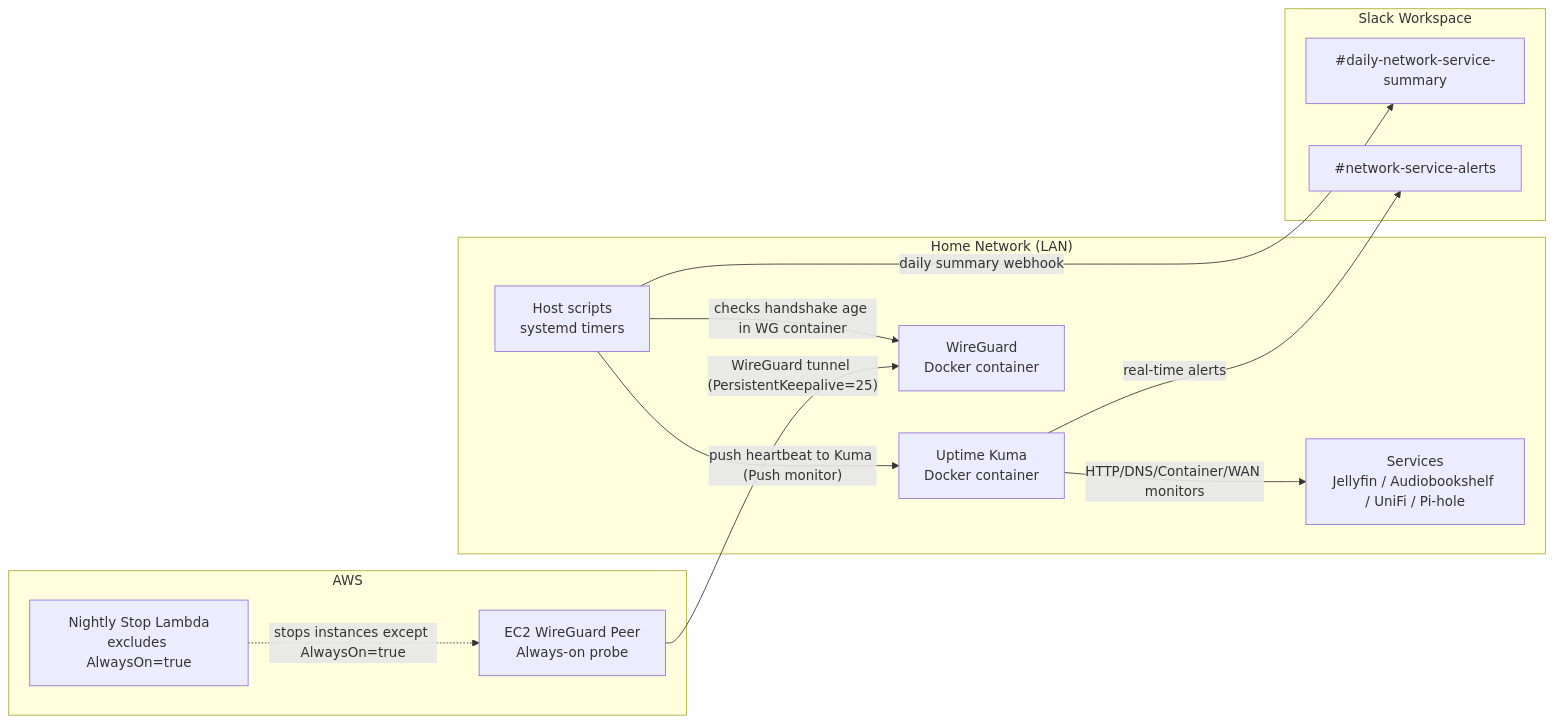
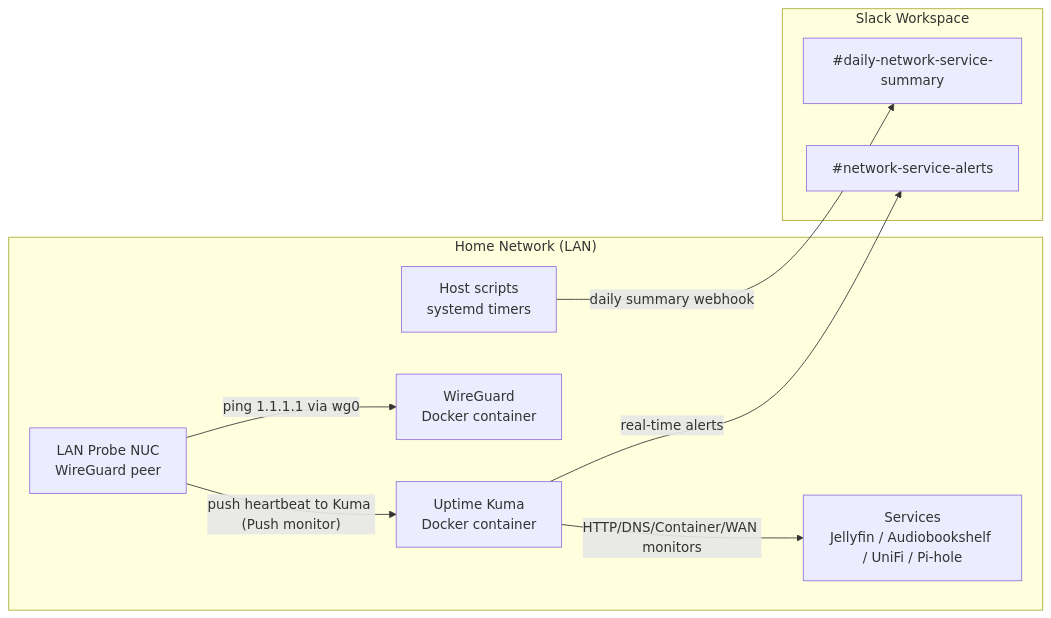
One commit to michaelford85/homelab-monitoring-stack changed the diagram in README.md. Above: the diagram before and after it, drawn with Mermaid. The commit also changed other lines of this file and 6 other files, not shown here.

First line of the commit message:
Replace EC2 WireGuard probe with LAN NUC probe

````diff
--- a/README.md
+++ b/README.md
@@ -63,29 +60,22 @@
 ```mermaid
 flowchart LR
   subgraph Home["Home Network (LAN)"]
     KU[Uptime Kuma<br/>Docker container]
     WG[WireGuard<br/>Docker container]
     SVC[Services<br/>Jellyfin / Audiobookshelf / UniFi / Pi-hole]
     SYS[Host scripts<br/>systemd timers]
+    NUC[LAN Probe NUC<br/>WireGuard peer]
   end
 
   subgraph Slack["Slack Workspace"]
     CH1["#daily-network-service-summary"]
     CH2["#network-service-alerts"]
   end
 
-  subgraph AWS["AWS"]
-    EC2[EC2 WireGuard Peer<br/>Always-on probe]
-    LAMBDA[Nightly Stop Lambda<br/>excludes AlwaysOn=true]
-  end
-
   KU -- "HTTP/DNS/Container/WAN monitors" --> SVC
   KU -- "real-time alerts" --> CH2
   SYS -- "daily summary webhook" --> CH1
 
-  EC2 -- "WireGuard tunnel (PersistentKeepalive=25)" --> WG
-  SYS -- "checks handshake age in WG container" --> WG
-  SYS -- "push heartbeat to Kuma (Push monitor)" --> KU
-
-  LAMBDA -. "stops instances except AlwaysOn=true" .-> EC2
+  NUC -- "ping 1.1.1.1 via wg0" --> WG
+  NUC -- "push heartbeat to Kuma (Push monitor)" --> KU
 ```
````
